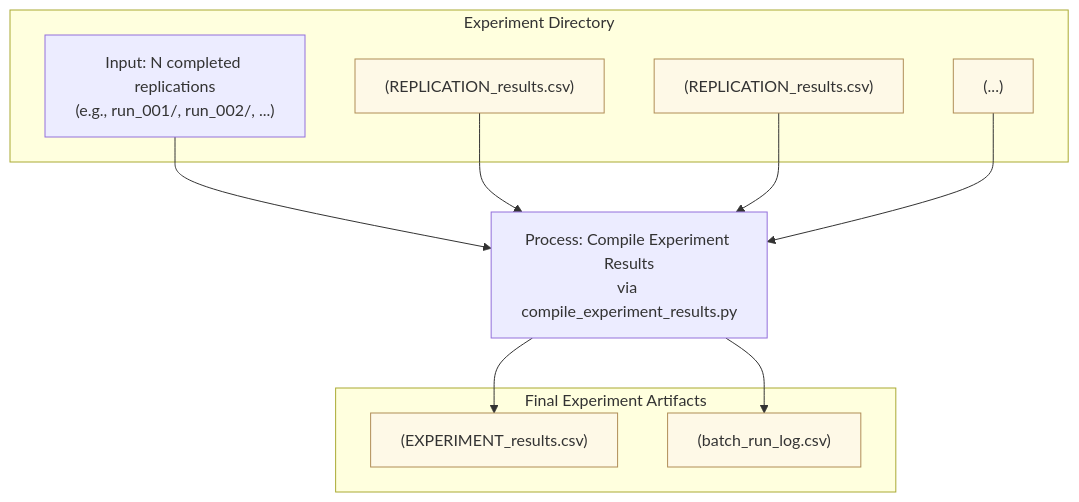
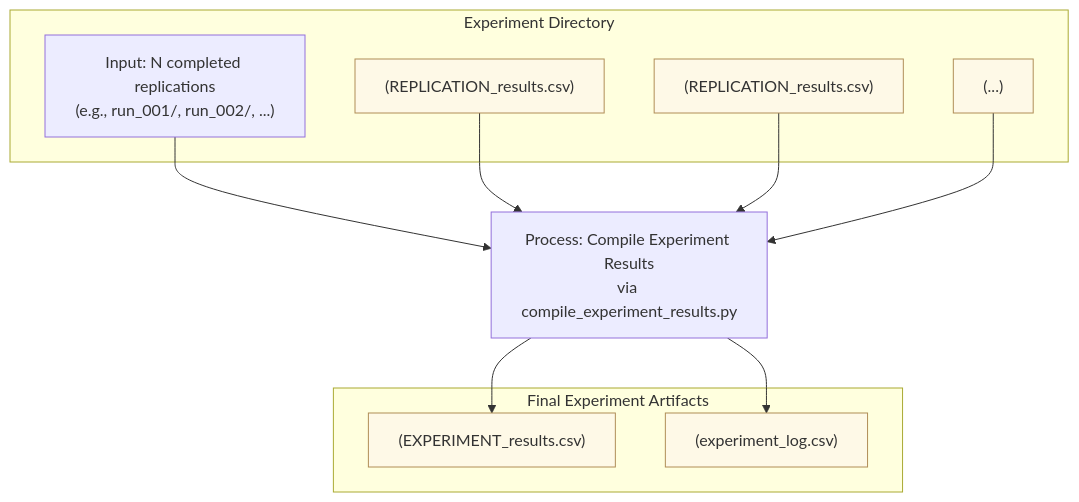
The diagram in docs/diagrams/logic_main_experiment.mmd (peterjmarko/llm-narrative-framework), drawn with Mermaid before and after one commit. The commit also changed 15 other files, not shown here.

```diff
--- a/docs/diagrams/logic_main_experiment.mmd
+++ b/docs/diagrams/logic_main_experiment.mmd
@@ -1,24 +1,24 @@
 graph TD
     subgraph "Experiment Directory"
         A["Input: N completed replications<br>(e.g., run_001/, run_002/, ...)"];
         B["(REPLICATION_results.csv)"];
         C["(REPLICATION_results.csv)"];
         D["(...)"];
     end
 
     E[Process: Compile Experiment Results<br>via compile_experiment_results.py];
 
     subgraph "Final Experiment Artifacts"
         F["(EXPERIMENT_results.csv)"];
-        G["(batch_run_log.csv)"];
+        G["(experiment_log.csv)"];
     end
 
     A --> E;
     B --> E;
     C --> E;
     D --> E;
     E --> F;
     E --> G;
 
 classDef dataNode fill:#fef9e7,stroke:#b08d57;
 class B,C,D,F,G dataNode;
```
